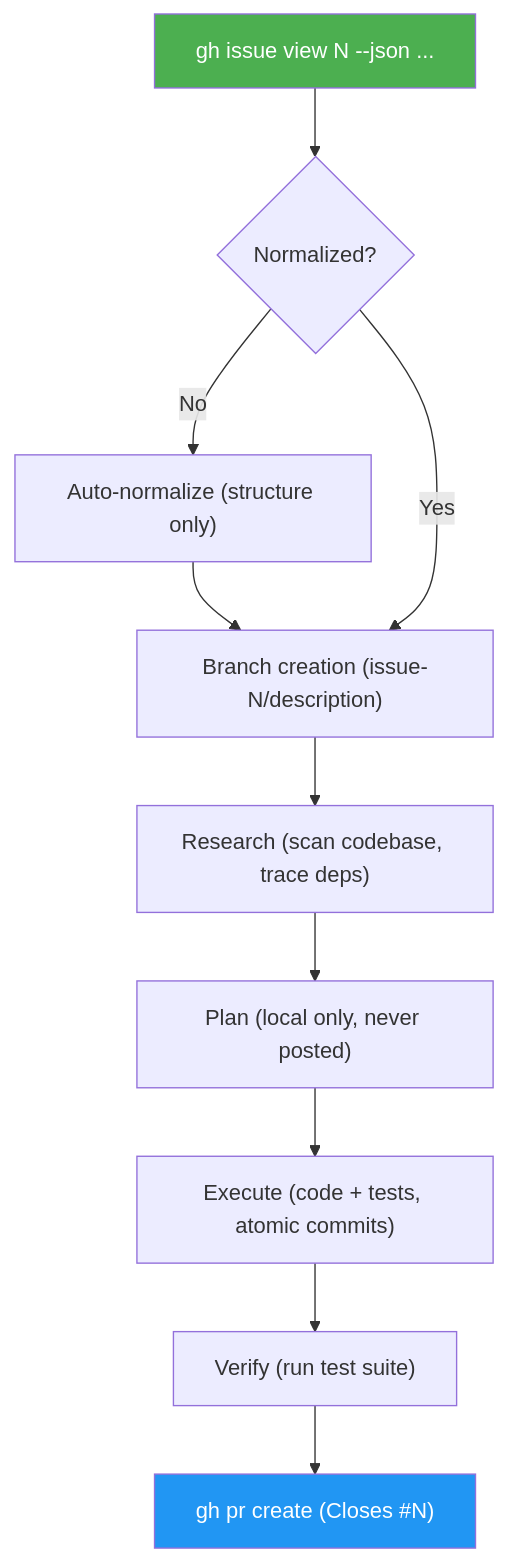
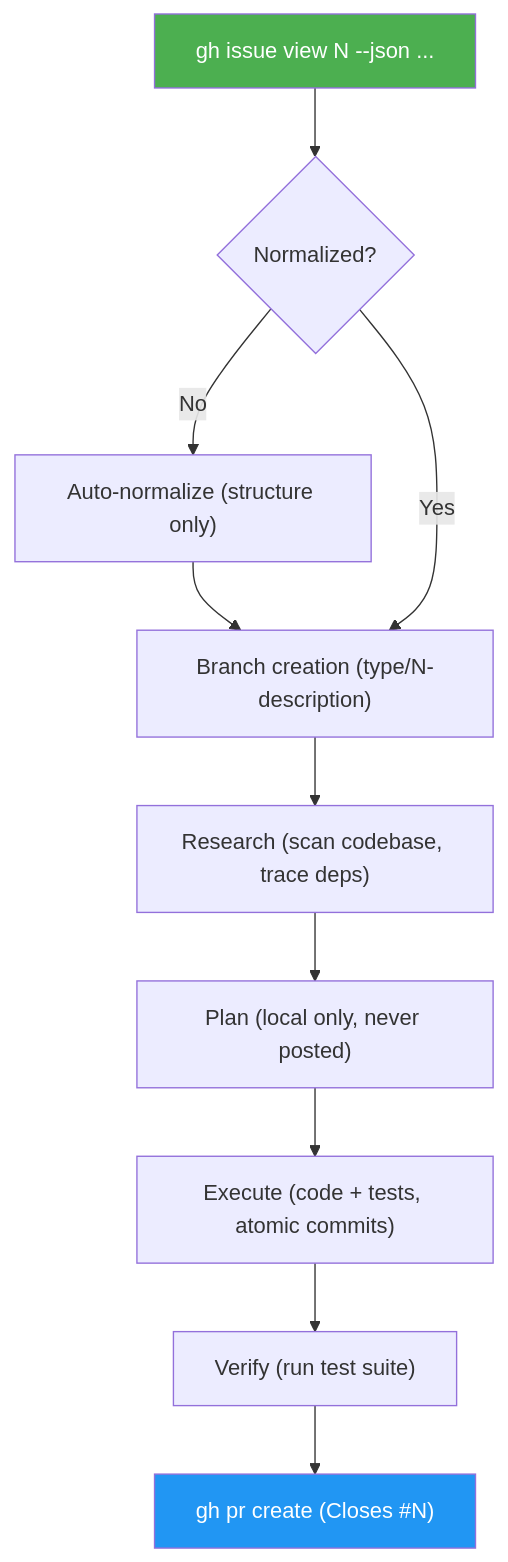
One commit to luongnv89/idd changed the third of 4 diagrams in docs/ARCHITECTURE.md. Above: the diagram before and after it, drawn with Mermaid. The commit also changed other lines of this file and 4 other files, not shown here.

First line of the commit message:
docs(docs): align contributing architecture readme and sitemap (#362) (#406)

````diff
--- a/docs/ARCHITECTURE.md
+++ b/docs/ARCHITECTURE.md
@@ -114,15 +114,15 @@
 ```mermaid
 graph TD
     A["gh issue view N --json ..."] --> B{Normalized?}
     B -- No --> C["Auto-normalize (structure only)"]
     C --> D
-    B -- Yes --> D["Branch creation (issue-N/description)"]
+    B -- Yes --> D["Branch creation (type/N-description)"]
     D --> E["Research (scan codebase, trace deps)"]
     E --> F["Plan (local only, never posted)"]
     F --> G["Execute (code + tests, atomic commits)"]
     G --> H["Verify (run test suite)"]
     H --> I["gh pr create (Closes #N)"]
 
     style A fill:#4CAF50,color:#fff
     style I fill:#2196F3,color:#fff
 ```
````
